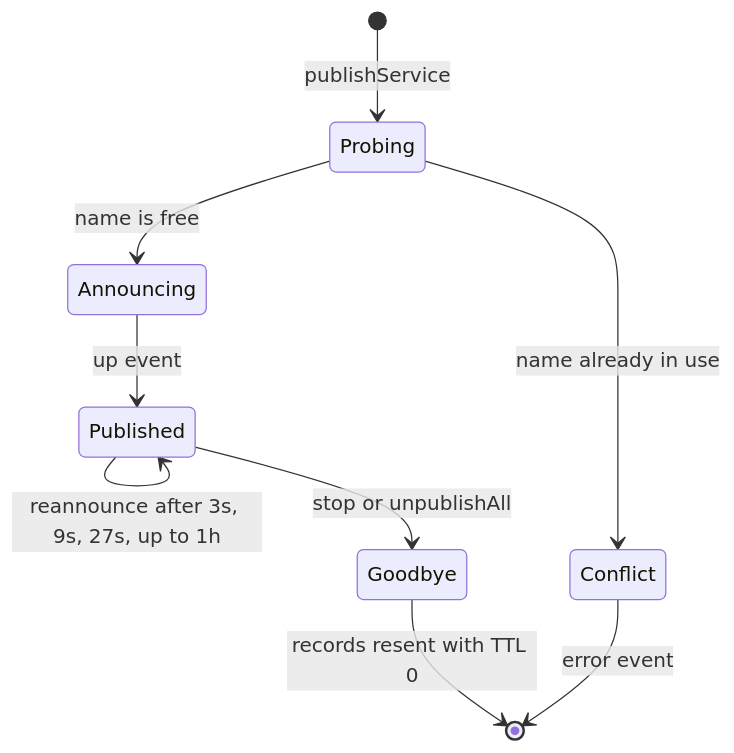
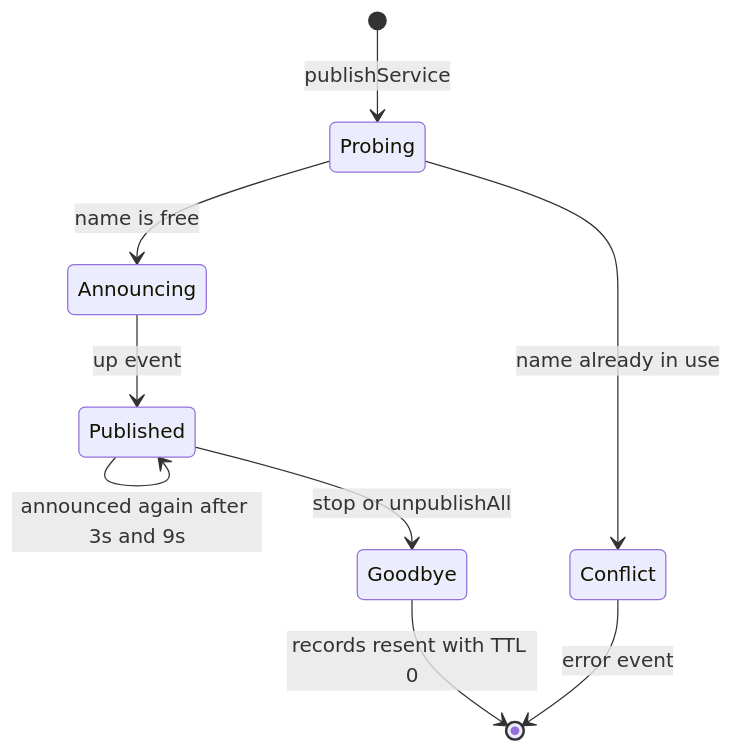
One commit to Event-Engineering/bonjour changed the second of 2 diagrams in README.md. Above: the diagram before and after it, drawn with Mermaid. The commit also changed 3 other files, not shown here.

````diff
--- a/README.md
+++ b/README.md
@@ -106,11 +106,11 @@
 ```mermaid
 stateDiagram-v2
 	[*] --> Probing : publishService
 	Probing --> Announcing : name is free
 	Probing --> Conflict : name already in use
 	Conflict --> [*] : error event
 	Announcing --> Published : up event
-	Published --> Published : reannounce after 3s, 9s, 27s, up to 1h
+	Published --> Published : announced again after 3s and 9s
 	Published --> Goodbye : stop or unpublishAll
 	Goodbye --> [*] : records resent with TTL 0
 ```
````
